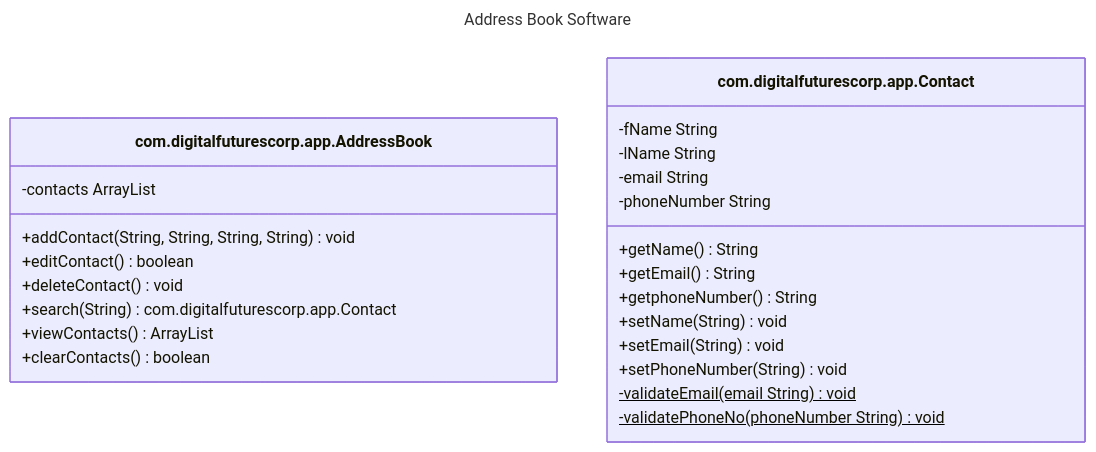
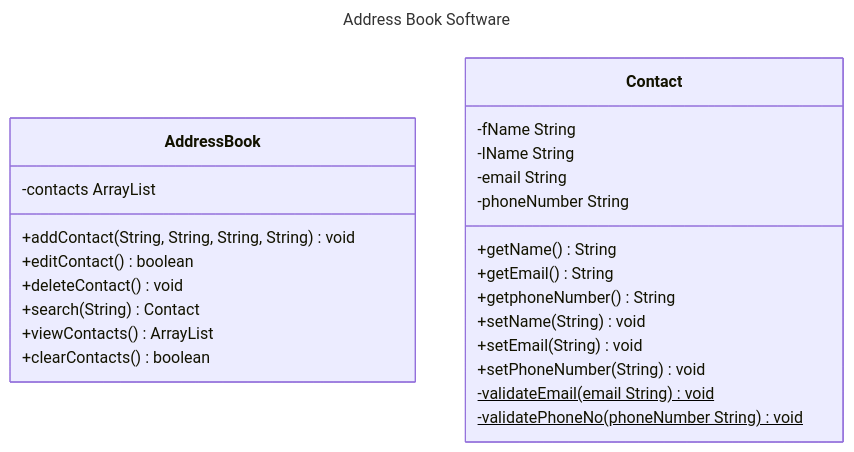
The diagram in docs/domain-models-test-plan.md (myaleung/address-book-application), drawn with Mermaid before and after one commit. The commit also changed 1 other file, not shown here.

Commit message:
fix: made class diagram working in domain model test plan doc

````diff
--- a/docs/domain-models-test-plan.md
+++ b/docs/domain-models-test-plan.md
@@ -5,29 +5,29 @@
 ```mermaid
 ---
 title: Address Book Software
 ---
 classDiagram
-    class com.digitalfuturescorp.app.AddressBook {
-        -contacts ArrayList<com.digitalfuturescorp.app.Contact>
+    class AddressBook {
+        -contacts ArrayList<Contact>
         +addContact(String, String, String, String) void
         +editContact() boolean
         +deleteContact() void
-        +search(String) com.digitalfuturescorp.app.Contact
+        +search(String) Contact
         +viewContacts() ArrayList
         +clearContacts() boolean
     }
-    class com.digitalfuturescorp.app.Contact {
+    class Contact {
         -fName String
         -lName String
         -email  String
         -phoneNumber String
         +getName() String
         +getEmail() String
         +getphoneNumber() String
         +setName(String) void
         +setEmail(String) void
         +setPhoneNumber(String) void
         -validateEmail(email String)$ void
         -validatePhoneNo(phoneNumber String)$ void
     }
 ```
````
